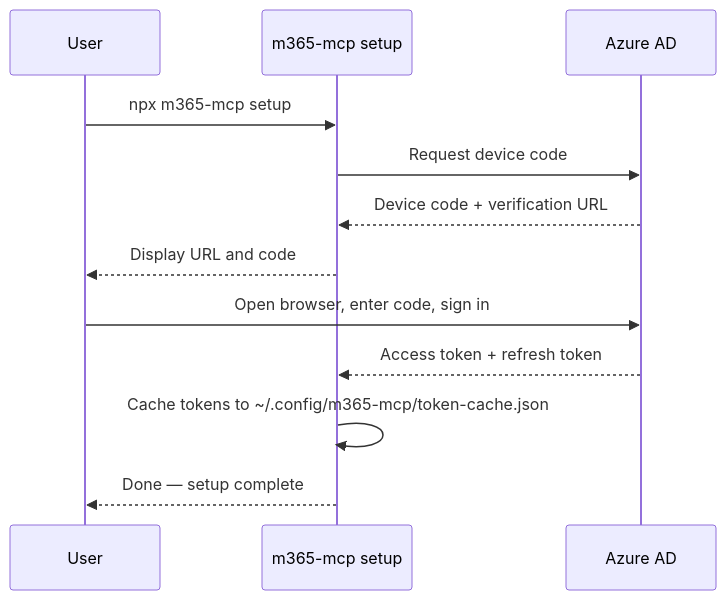
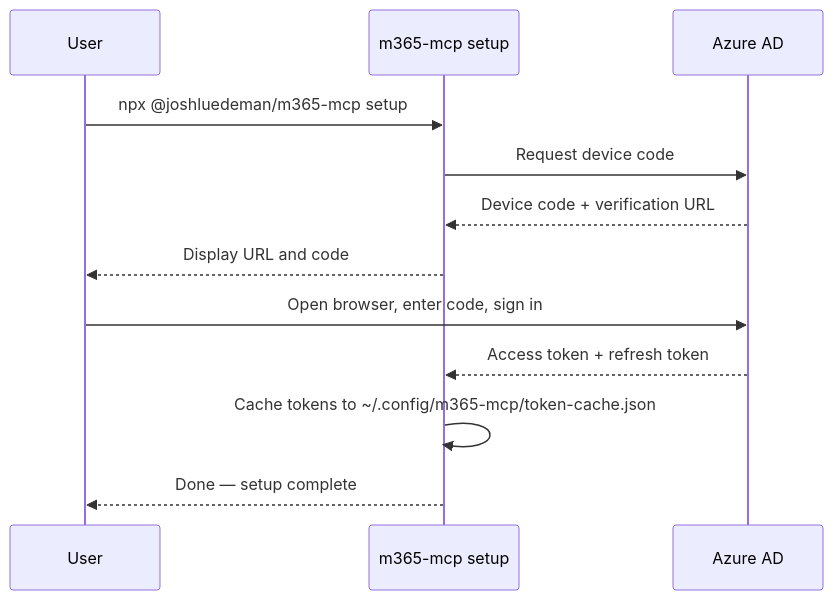
The second of 2 diagrams in README.md (JoshLuedeman/m365-mcp), drawn with Mermaid before and after one commit. The commit also changed other lines of this file and 2 other files, not shown here.

First line of the commit message:
chore: scope package to @joshluedeman/m365-mcp

````diff
--- a/README.md
+++ b/README.md
@@ -94,15 +94,15 @@
 ```mermaid
 sequenceDiagram
     participant U as User
     participant S as m365-mcp setup
     participant A as Azure AD
 
-    U->>S: npx m365-mcp setup
+    U->>S: npx @joshluedeman/m365-mcp setup
     S->>A: Request device code
     A-->>S: Device code + verification URL
     S-->>U: Display URL and code
     U->>A: Open browser, enter code, sign in
     A-->>S: Access token + refresh token
     S->>S: Cache tokens to ~/.config/m365-mcp/token-cache.json
     S-->>U: Done — setup complete
 ```
````
